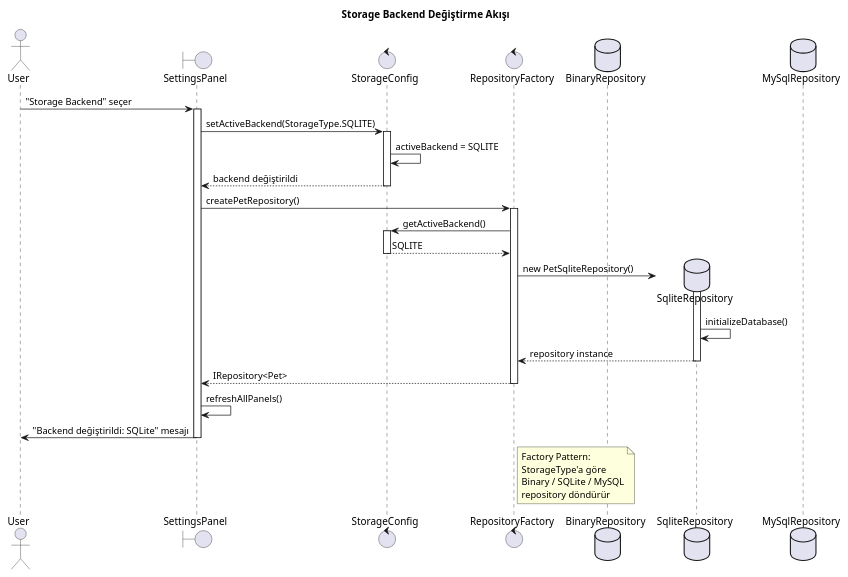
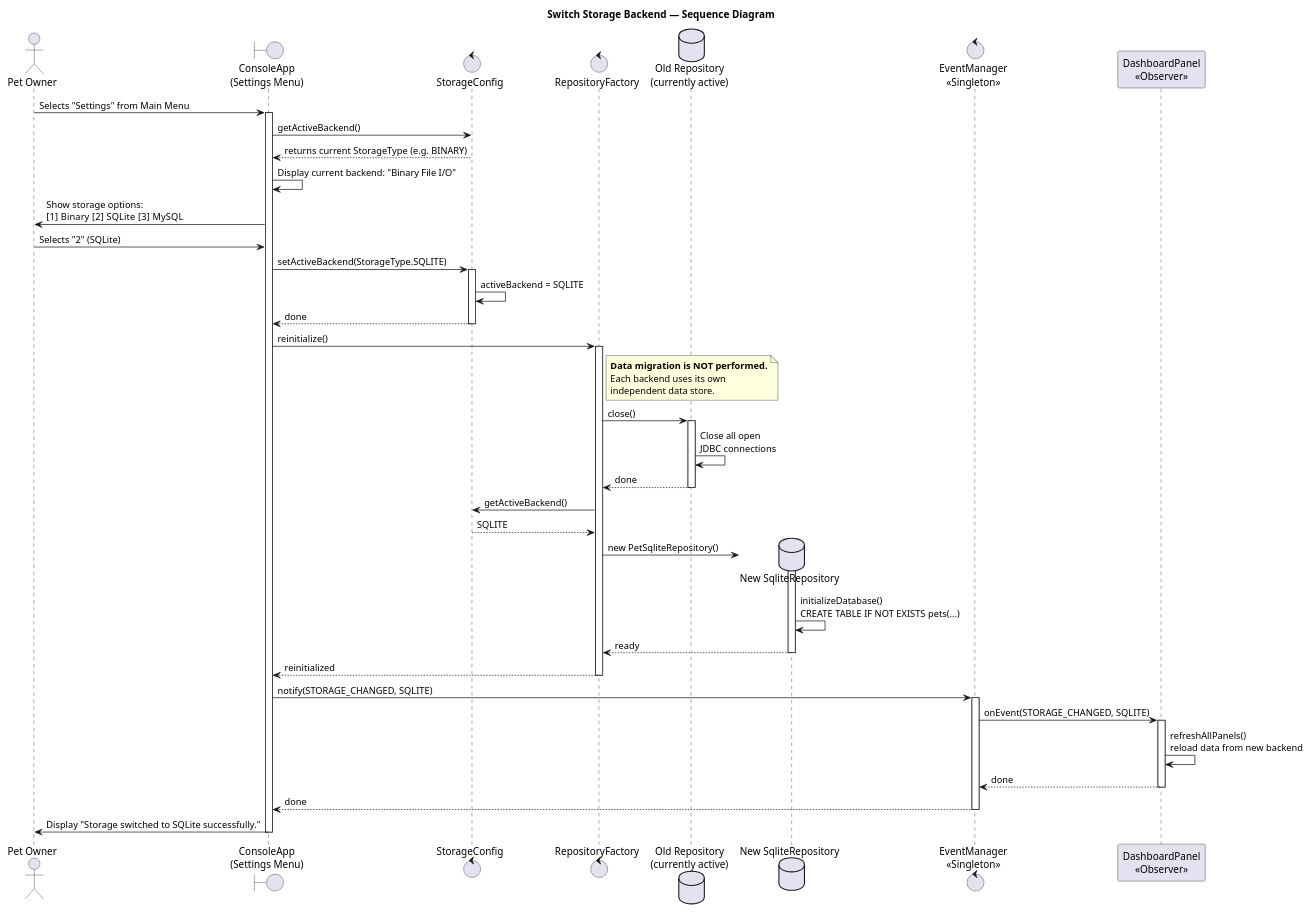
One commit to SecureCypher/cen-206-38-mehdi-karagulle-java changed the diagram in design/plantuml/seq-switch-storage.puml. Above: the diagram before and after it, drawn with PlantUML. The commit also changed 54 other files, not shown here.

Commit message:
docs(design): sync comprehensive UML diagrams and Figma mockups

```diff
--- a/design/plantuml/seq-switch-storage.puml
+++ b/design/plantuml/seq-switch-storage.puml
@@ -1,49 +1,68 @@
 @startuml SwitchStorageSequence
-title Storage Backend Değiştirme Akışı
+title Switch Storage Backend — Sequence Diagram
 
-actor "User" as User
-boundary "SettingsPanel" as UI
+actor "Pet Owner" as User
+boundary "ConsoleApp\n(Settings Menu)" as UI
 control "StorageConfig" as Config
 control "RepositoryFactory" as Factory
-database "BinaryRepository" as Binary
-database "SqliteRepository" as Sqlite
-database "MySqlRepository" as MySQL
+database "Old Repository\n(currently active)" as OldRepo
+database "New SqliteRepository" as NewRepo
+control "EventManager\n<<Singleton>>" as Event
+participant "DashboardPanel\n<<Observer>>" as Dash
 
-User -> UI : "Storage Backend" seçer
+User -> UI : Selects "Settings" from Main Menu
 activate UI
+UI -> Config : getActiveBackend()
+Config --> UI : returns current StorageType (e.g. BINARY)
+UI -> UI : Display current backend: "Binary File I/O"
+UI -> User : Show storage options:\n[1] Binary  [2] SQLite  [3] MySQL
+User -> UI : Selects "2" (SQLite)
 
 UI -> Config : setActiveBackend(StorageType.SQLITE)
 activate Config
 Config -> Config : activeBackend = SQLITE
-Config --> UI : backend değiştirildi
+Config --> UI : done
 deactivate Config
 
-UI -> Factory : createPetRepository()
+UI -> Factory : reinitialize()
 activate Factory
 
+note right of Factory
+  **Data migration is NOT performed.**
+  Each backend uses its own
+  independent data store.
+end note
+
+Factory -> OldRepo : close()
+activate OldRepo
+OldRepo -> OldRepo : Close all open\nJDBC connections
+OldRepo --> Factory : done
+deactivate OldRepo
+
 Factory -> Config : getActiveBackend()
-activate Config
 Config --> Factory : SQLITE
-deactivate Config
 
-Factory -> Sqlite ** : new PetSqliteRepository()
-activate Sqlite
-Sqlite -> Sqlite : initializeDatabase()
-Sqlite --> Factory : repository instance
-deactivate Sqlite
+Factory -> NewRepo ** : new PetSqliteRepository()
+activate NewRepo
+NewRepo -> NewRepo : initializeDatabase()\nCREATE TABLE IF NOT EXISTS pets(...)
+NewRepo --> Factory : ready
+deactivate NewRepo
 
-Factory --> UI : IRepository<Pet>
+Factory --> UI : reinitialized
 deactivate Factory
 
-UI -> UI : refreshAllPanels()
-UI -> User : "Backend değiştirildi: SQLite" mesajı
+UI -> Event : notify(STORAGE_CHANGED, SQLITE)
+activate Event
+Event -> Dash : onEvent(STORAGE_CHANGED, SQLITE)
+activate Dash
+Dash -> Dash : refreshAllPanels()\nreload data from new backend
+Dash --> Event : done
+deactivate Dash
+Event --> UI : done
+deactivate Event
+
+UI -> User : Display "Storage switched to SQLite successfully."
+
 deactivate UI
 
-note right of Factory
-  Factory Pattern:
-  StorageType'a göre
-  Binary / SQLite / MySQL
-  repository döndürür
-end note
-
 @enduml
```
